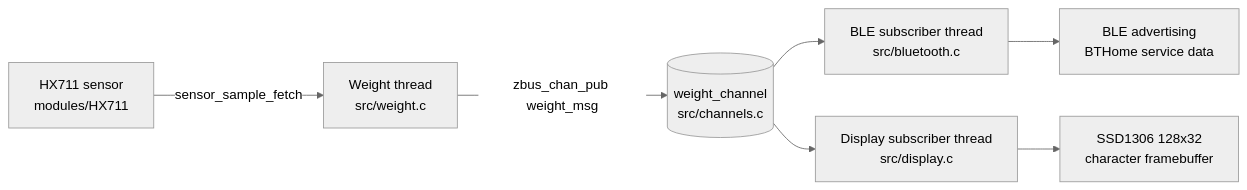
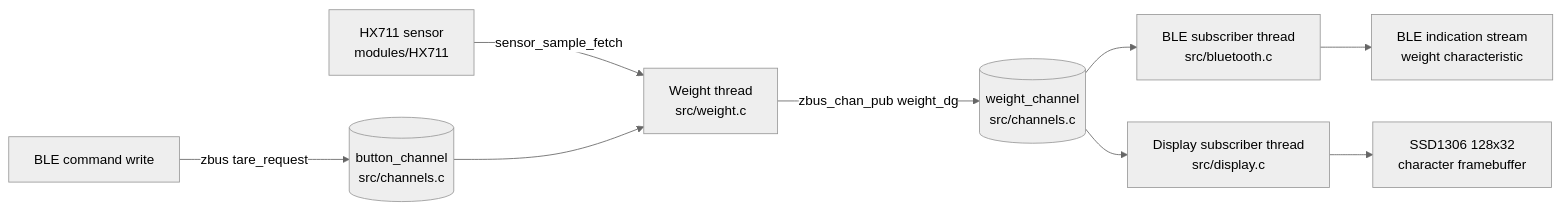
The diagram in README.md (sikaiser/ncs-scale), drawn with Mermaid (neutral theme) before and after one commit. The commit also changed other lines of this file and 9 other files, not shown here.

````diff
--- a/README.md
+++ b/README.md
@@ -17,9 +18,11 @@
 ```mermaid
 flowchart LR
     HX711[HX711 sensor\nmodules/HX711] -->|sensor_sample_fetch| WT[Weight thread\nsrc/weight.c]
-    WT -->|zbus_chan_pub weight_msg| ZB[(weight_channel\nsrc/channels.c)]
+    WT -->|zbus_chan_pub weight_dg| ZB[(weight_channel\nsrc/channels.c)]
     ZB --> BT[BLE subscriber thread\nsrc/bluetooth.c]
     ZB --> DSP[Display subscriber thread\nsrc/display.c]
-    BT --> ADV[BLE advertising\nBTHome service data]
+    BT --> GATT[BLE indication stream\nweight characteristic]
     DSP --> OLED[SSD1306 128x32\ncharacter framebuffer]
+    BLECMD[BLE command write] -->|zbus tare_request| BTN[(button_channel\nsrc/channels.c)]
+    BTN --> WT
 ```
````
